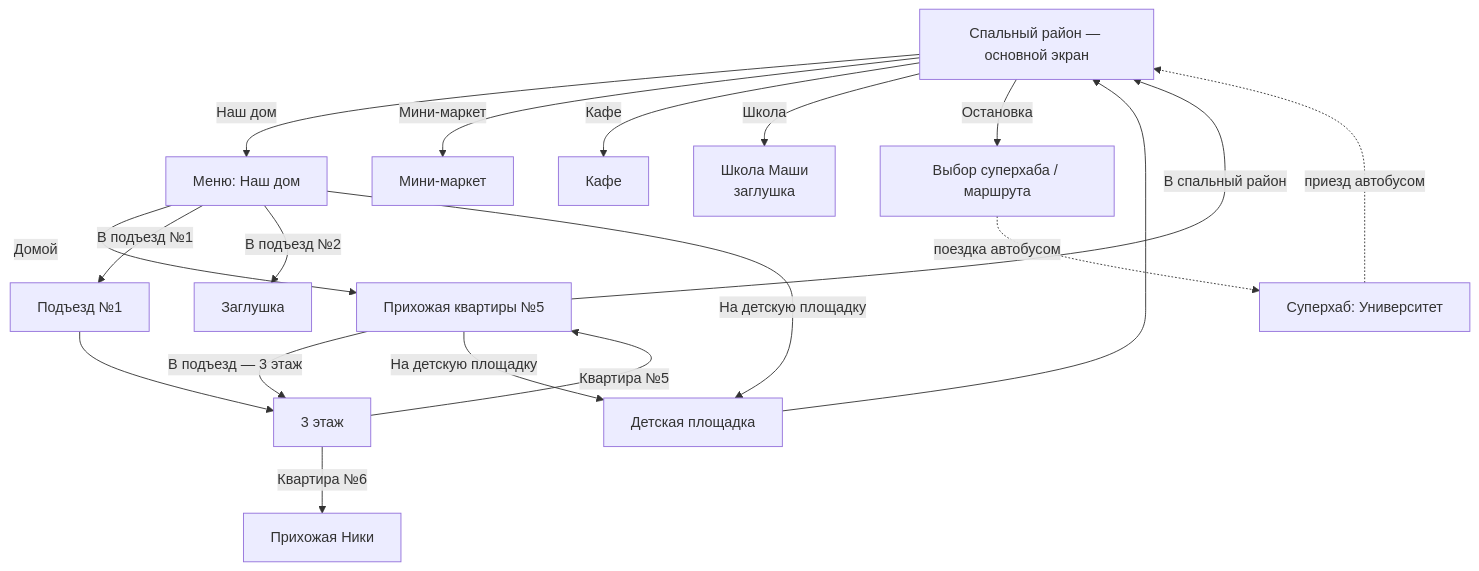
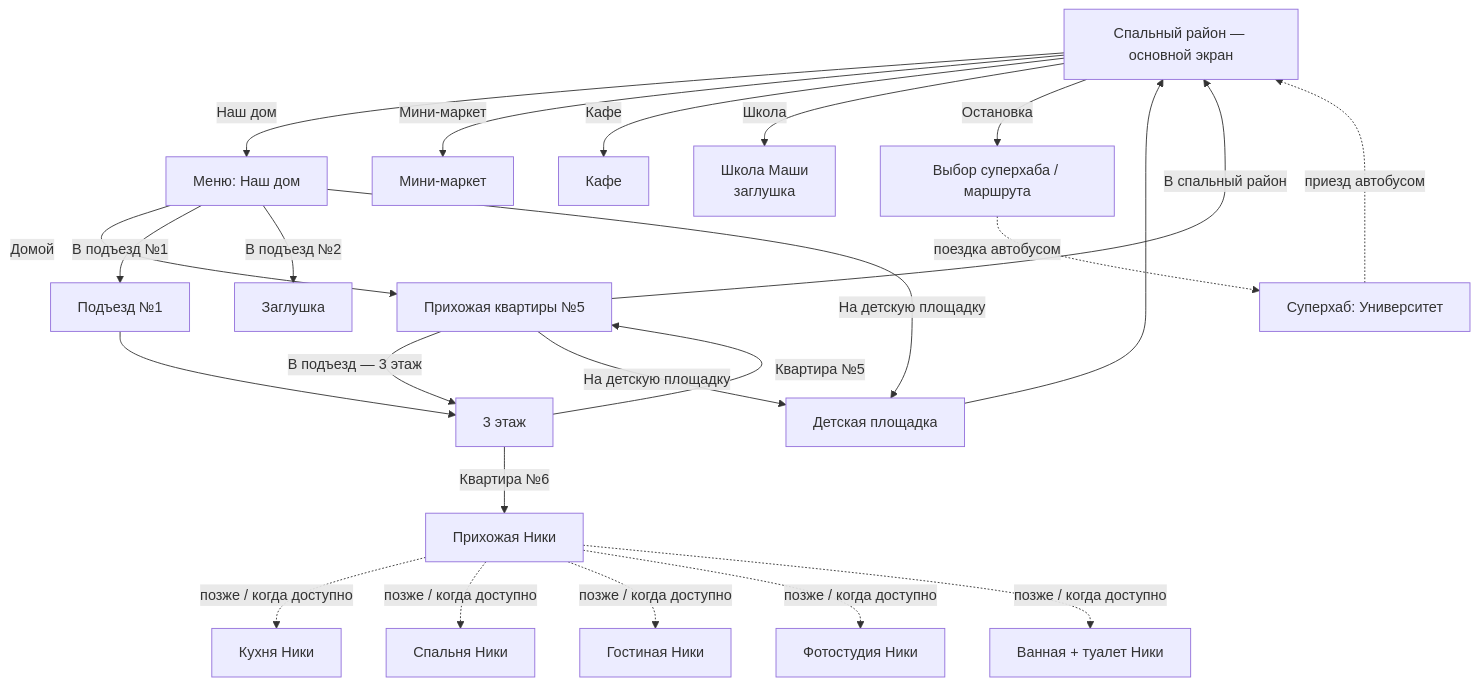
Before and after one commit to Porterianin/Nastya_Story: the diagram in docs/graphs/residential_navigation.mmd, drawn with Mermaid.

Commit message:
Reflect future Nika bathroom navigation

```diff
--- a/docs/graphs/residential_navigation.mmd
+++ b/docs/graphs/residential_navigation.mmd
@@ -1,26 +1,32 @@
 flowchart TD
     RD["Спальный район — основной экран"]
 
     RD -->|"Наш дом"| HouseMenu["Меню: Наш дом"]
     RD -->|"Мини-маркет"| Shop["Мини-маркет"]
     RD -->|"Кафе"| Cafe["Кафе"]
     RD -->|"Школа"| School["Школа Маши\nзаглушка"]
     RD -->|"Остановка"| BusMenu["Выбор суперхаба / маршрута"]
 
     HouseMenu -->|"Домой"| Hall["Прихожая квартиры №5"]
     HouseMenu -->|"В подъезд №1"| Entrance1["Подъезд №1"]
     HouseMenu -->|"В подъезд №2"| Entrance2["Заглушка"]
     HouseMenu -->|"На детскую площадку"| Playground["Детская площадка"]
 
     Hall -->|"В подъезд — 3 этаж"| Floor3["3 этаж"]
     Hall -->|"На детскую площадку"| Playground
     Hall -->|"В спальный район"| RD
 
     Entrance1 --> Floor3
     Floor3 -->|"Квартира №5"| Hall
     Floor3 -->|"Квартира №6"| Nika["Прихожая Ники"]
 
+    Nika -. "позже / когда доступно" .-> NikaKitchen["Кухня Ники"]
+    Nika -. "позже / когда доступно" .-> NikaBedroom["Спальня Ники"]
+    Nika -. "позже / когда доступно" .-> NikaLiving["Гостиная Ники"]
+    Nika -. "позже / когда доступно" .-> NikaStudio["Фотостудия Ники"]
+    Nika -. "позже / когда доступно" .-> NikaBathroom["Ванная + туалет Ники"]
+
     Playground --> RD
 
     BusMenu -. "поездка автобусом" .-> University["Суперхаб: Университет"]
     University -. "приезд автобусом" .-> RD
```
